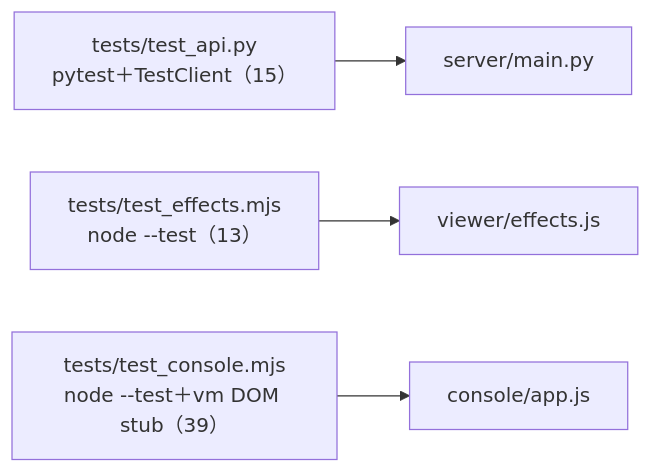
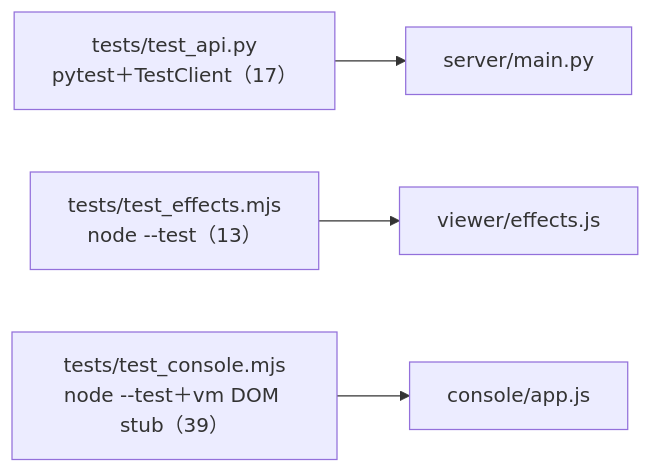
Before and after one commit to zivngit/Real-time-Interaction-html: the sixth of 6 diagrams in docs/agents/CALL_GRAPH.md, drawn with Mermaid. The commit also changed other lines of this file and 8 other files, not shown here.

````diff
--- a/docs/agents/CALL_GRAPH.md
+++ b/docs/agents/CALL_GRAPH.md
@@ -196,6 +205,6 @@
 ```mermaid
 flowchart LR
-    TA["tests/test_api.py<br/>pytest＋TestClient（15）"] --> M["server/main.py"]
+    TA["tests/test_api.py<br/>pytest＋TestClient（17）"] --> M["server/main.py"]
     TE["tests/test_effects.mjs<br/>node --test（13）"] --> S["viewer/effects.js"]
     TC["tests/test_console.mjs<br/>node --test＋vm DOM stub（39）"] --> K["console/app.js"]
 ```
````
